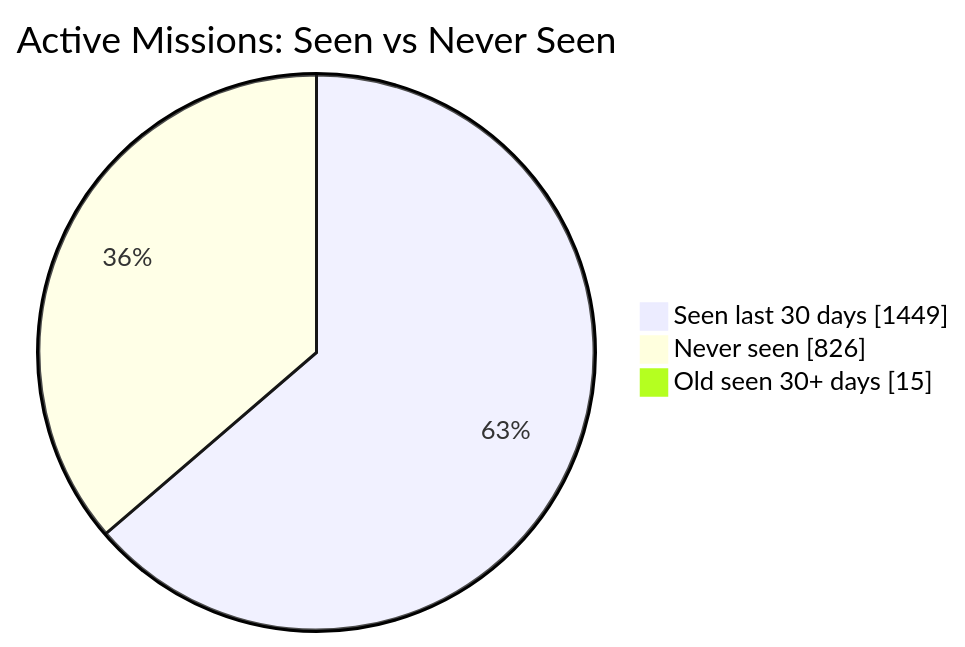
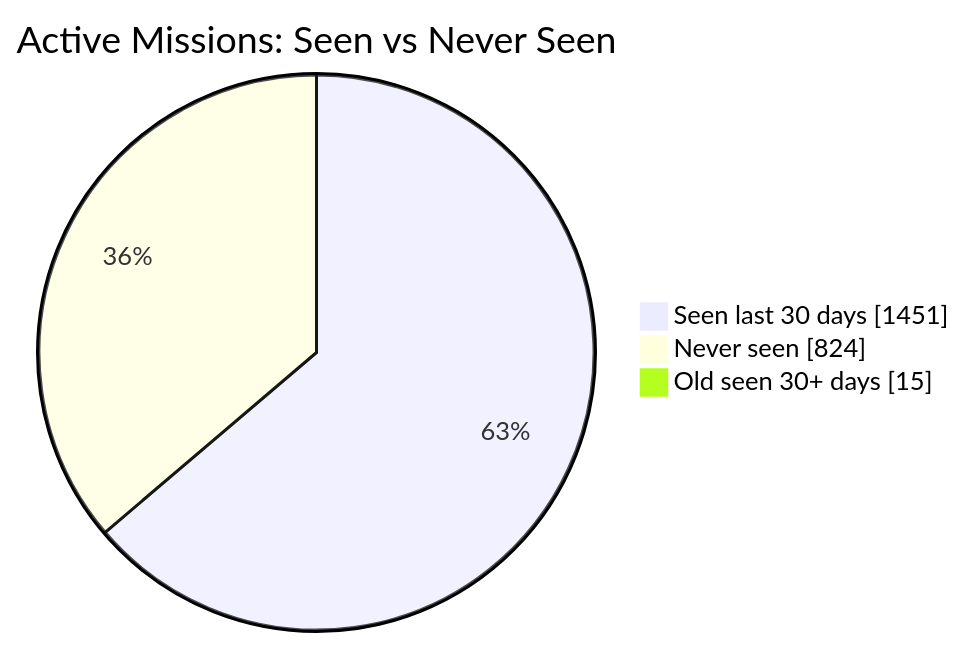
One commit to MeldkamerspelGameTeam/active-missions changed the first of 2 diagrams in README.md. Above: the diagram before and after it, drawn with Mermaid. The commit also changed other lines of this file and 2 other files, not shown here.

````diff
--- a/README.md
+++ b/README.md
@@ -34,7 +34,7 @@
 ```mermaid
 pie showData
     title Active Missions: Seen vs Never Seen
-    "Seen last 30 days" : 1449
-    "Never seen" : 826
+    "Seen last 30 days" : 1451
+    "Never seen" : 824
     "Old seen 30+ days" : 15
 ```
````
